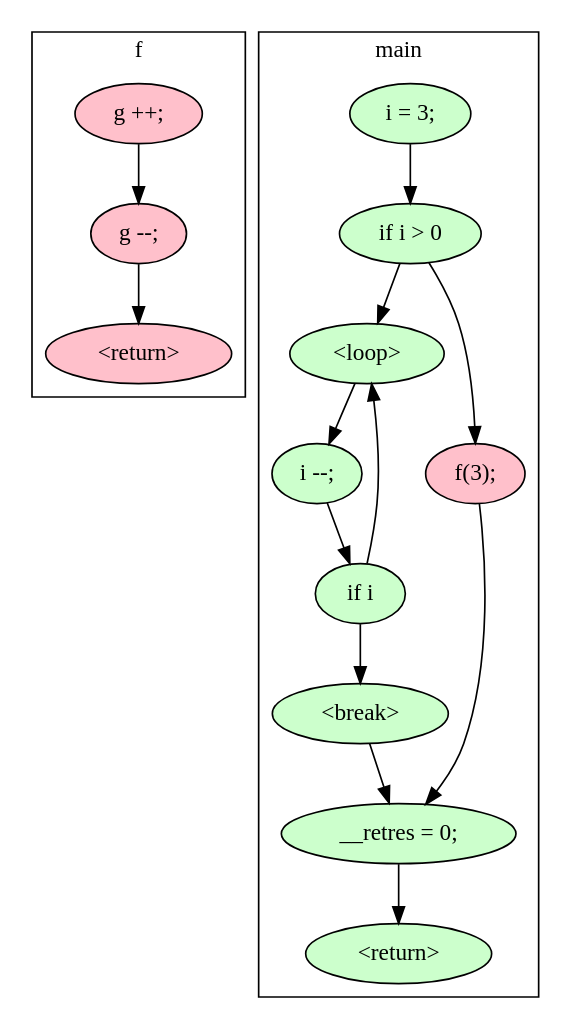
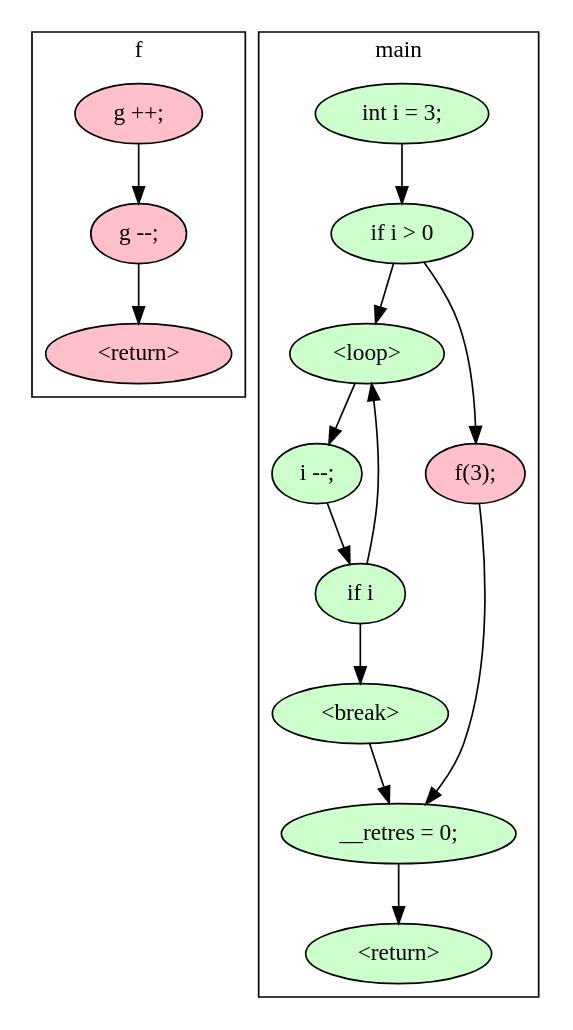
One commit to fangbin/AI_framework changed the diagram in frama_tutorial/cfg_print/cfg.dot. Above: the diagram before and after it, drawn with Graphviz. The commit also changed 130 other files, not shown here.

```diff
--- a/frama_tutorial/cfg_print/cfg.dot
+++ b/frama_tutorial/cfg_print/cfg.dot
@@ -1,15 +1,15 @@
 digraph cfg {
   subgraph cluster_f { graph [label="f"];
     s1 [label="g ++;" fillcolor=pink style=filled]; s1 -> s2;
     s2 [label="g --;" fillcolor=pink style=filled]; s2 -> s16;
     s16 [label="<return>" fillcolor=pink style=filled]; }
   subgraph cluster_main { graph [label="main"];
-    s5 [label="i = 3;" fillcolor="#ccffcc" style=filled]; s5 -> s7;
+    s5 [label="int i = 3;" fillcolor="#ccffcc" style=filled]; s5 -> s7;
     s7 [label="if i > 0" fillcolor="#ccffcc" style=filled]; s7 -> s8;
     s7 -> s13; s8 [label="<loop>" fillcolor="#ccffcc" style=filled];
     s8 -> s9; s9 [label="i --;" fillcolor="#ccffcc" style=filled]; s9 -> s10;
     s10 [label="if i" fillcolor="#ccffcc" style=filled]; s10 -> s8;
     s10 -> s11; s11 [label="<break>" fillcolor="#ccffcc" style=filled];
     s11 -> s14; s13 [label="f(3);" fillcolor=pink style=filled]; s13 -> s14;
     s14 [label="__retres = 0;" fillcolor="#ccffcc" style=filled]; s14 -> s18;
     s18 [label="<return>" fillcolor="#ccffcc" style=filled]; } }
```
